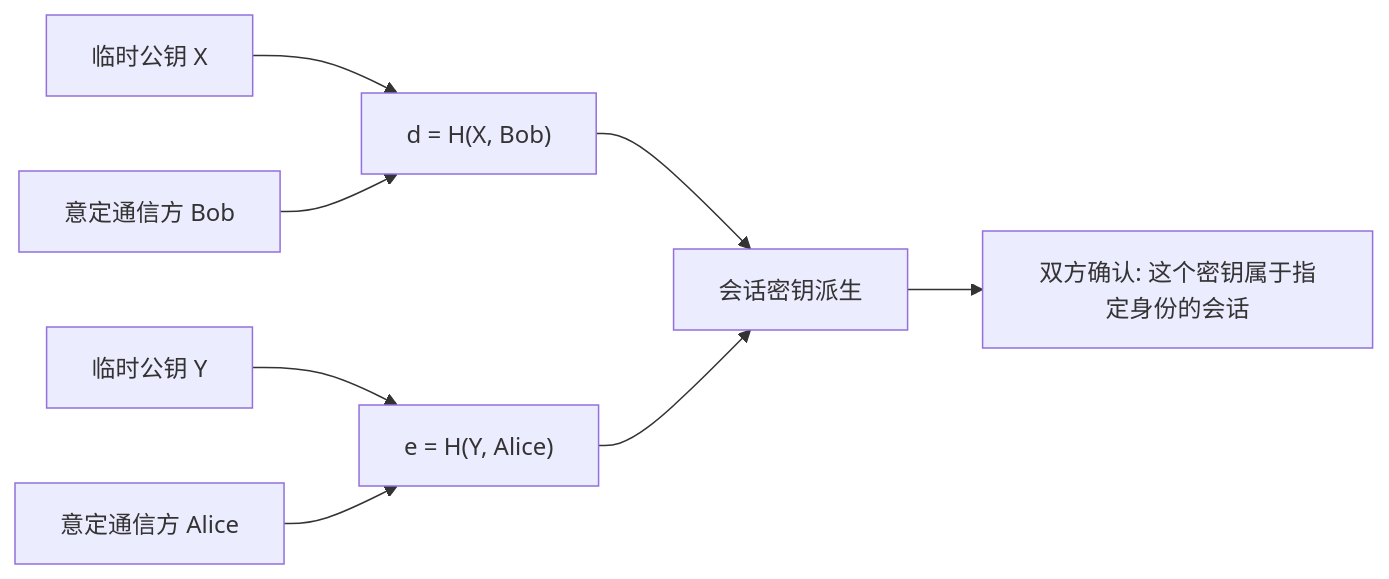
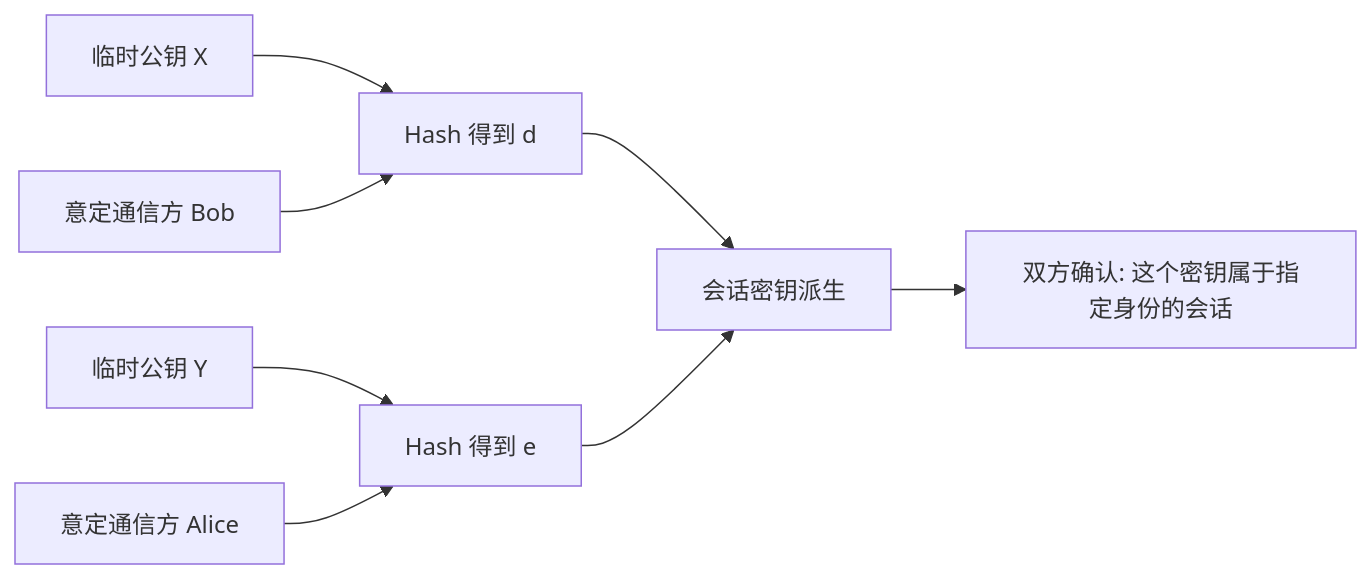
The seventh of 21 diagrams in 大三下/密码协议/密码协议期末复习-Obsidian视觉版.md (22mouseok-crypto/obsidian-vault), drawn with Mermaid before and after one commit. The commit also changed other lines of this file, not shown here.

````diff
--- a/大三下/密码协议/密码协议期末复习-Obsidian视觉版.md
+++ b/大三下/密码协议/密码协议期末复习-Obsidian视觉版.md
@@ -321,10 +321,10 @@
 ```mermaid
 flowchart LR
-    X[临时公钥 X] --> D["d = H(X, Bob)"]
+    X[临时公钥 X] --> D[Hash 得到 d]
     Bob[意定通信方 Bob] --> D
-    Y[临时公钥 Y] --> E["e = H(Y, Alice)"]
+    Y[临时公钥 Y] --> E[Hash 得到 e]
     Alice[意定通信方 Alice] --> E
     D --> K[会话密钥派生]
     E --> K
     K --> Safe[双方确认: 这个密钥属于指定身份的会话]
 ```
````
